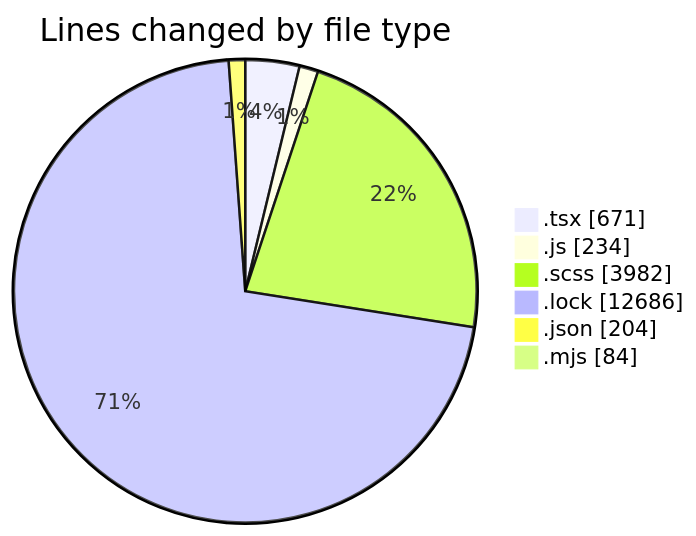
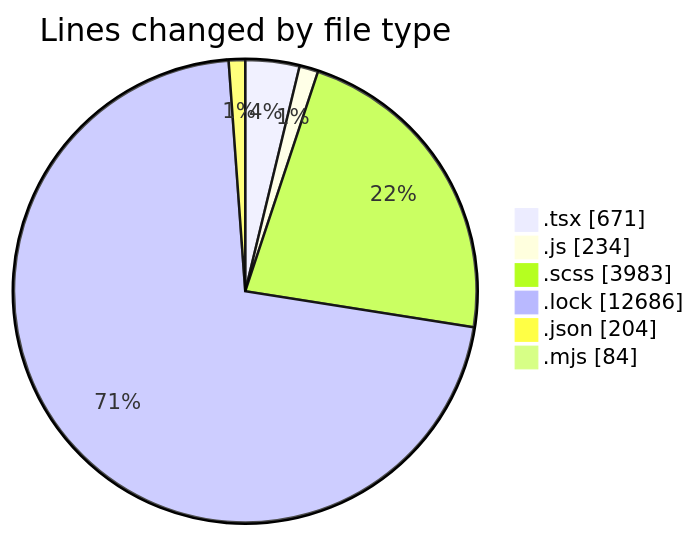
The first of 2 diagrams in 2026-01-22/cda-web-components/README.md (momahboobian/code-tracking), drawn with Mermaid before and after one commit. The commit also changed other lines of this file and 1 other file, not shown here.

````diff
--- a/2026-01-22/cda-web-components/README.md
+++ b/2026-01-22/cda-web-components/README.md
@@ -58,10 +58,10 @@
 ```mermaid
 pie showData
 title Lines changed by file type
 ".tsx" : 671
 ".js" : 234
-".scss" : 3982
+".scss" : 3983
 ".lock" : 12686
 ".json" : 204
 ".mjs" : 84
 ```
````
